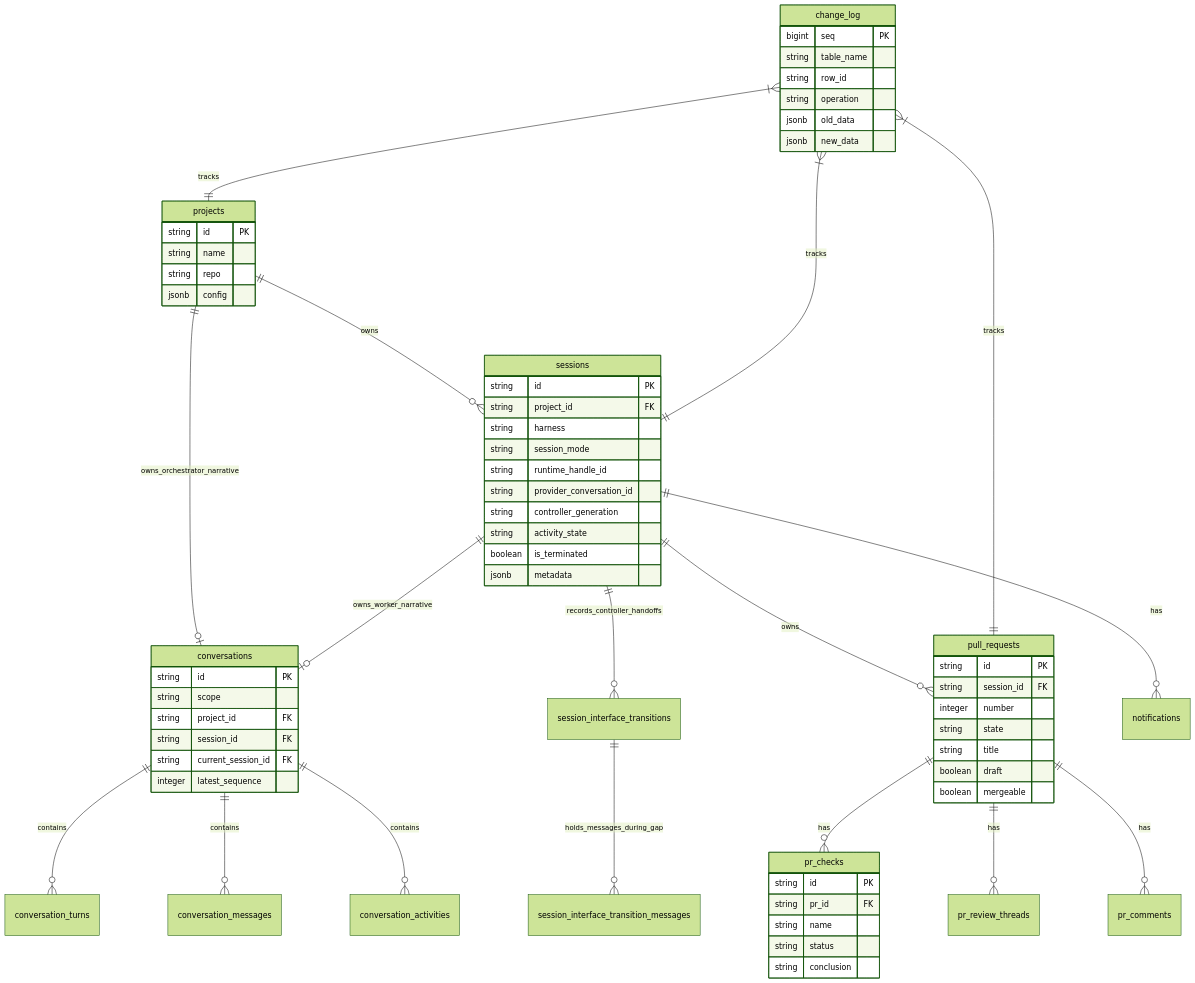
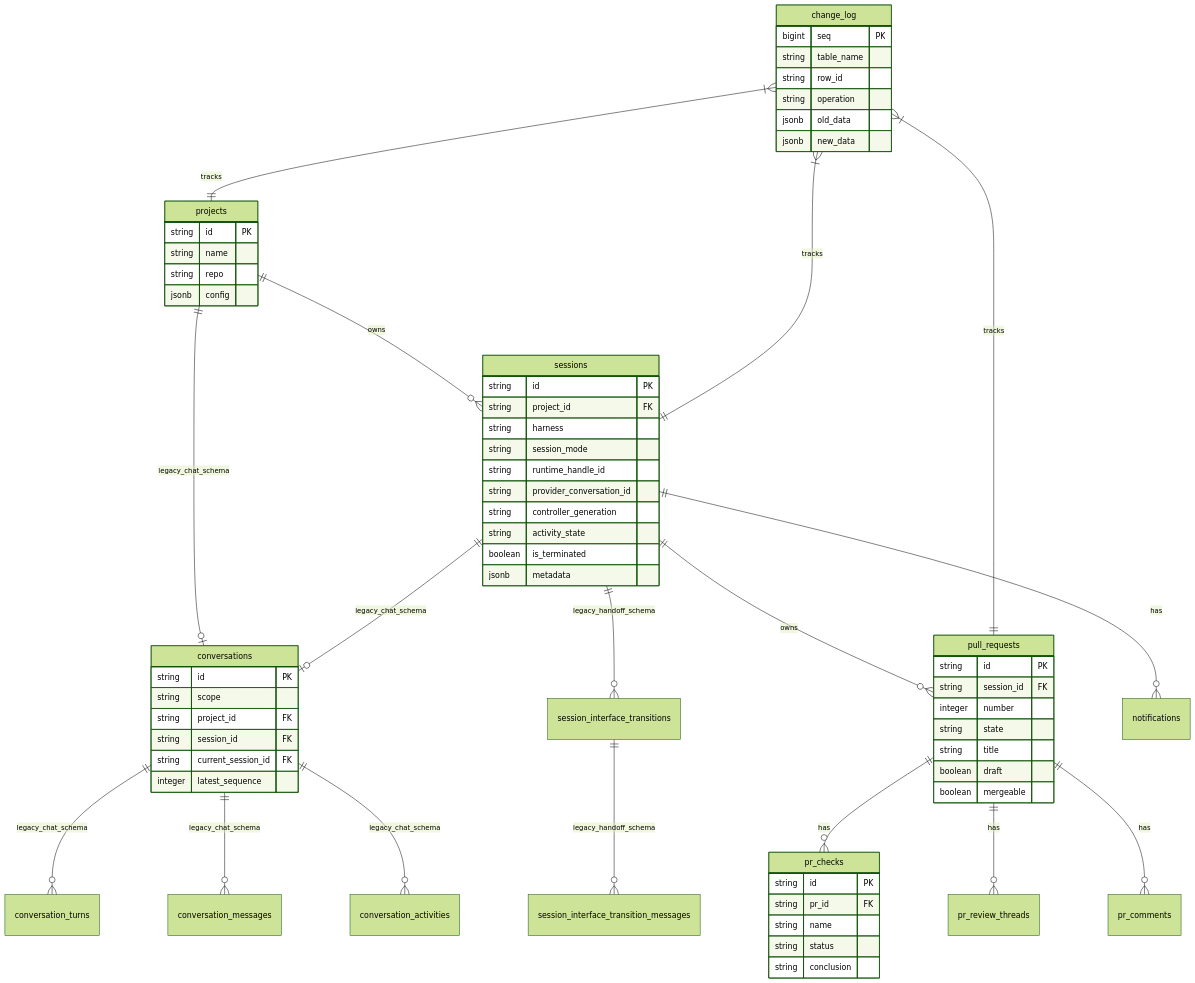
One commit to OmarAly92/Operator changed the tenth of 23 diagrams in docs/architecture.md. Above: the diagram before and after it, drawn with Mermaid (forest theme). The commit also changed other lines of this file and 38 other files, not shown here.

````diff
--- a/docs/architecture.md
+++ b/docs/architecture.md
@@ -393,75 +364,75 @@
 ```mermaid
 erDiagram
     projects ||--o{ sessions : owns
-    projects ||--o| conversations : owns_orchestrator_narrative
-    sessions ||--o| conversations : owns_worker_narrative
-    sessions ||--o{ session_interface_transitions : records_controller_handoffs
-    session_interface_transitions ||--o{ session_interface_transition_messages : holds_messages_during_gap
-    conversations ||--o{ conversation_turns : contains
-    conversations ||--o{ conversation_messages : contains
-    conversations ||--o{ conversation_activities : contains
+    projects ||--o| conversations : legacy_chat_schema
+    sessions ||--o| conversations : legacy_chat_schema
+    sessions ||--o{ session_interface_transitions : legacy_handoff_schema
+    session_interface_transitions ||--o{ session_interface_transition_messages : legacy_handoff_schema
+    conversations ||--o{ conversation_turns : legacy_chat_schema
+    conversations ||--o{ conversation_messages : legacy_chat_schema
+    conversations ||--o{ conversation_activities : legacy_chat_schema
     sessions ||--o{ pull_requests : owns
     pull_requests ||--o{ pr_checks : has
     pull_requests ||--o{ pr_review_threads : has
     pull_requests ||--o{ pr_comments : has
     sessions ||--o{ notifications : has
     change_log }|--|| projects : tracks
     change_log }|--|| sessions : tracks
     change_log }|--|| pull_requests : tracks
 
     projects {
         string id PK
         string name
         string repo
         jsonb config
     }
 
     sessions {
         string id PK
         string project_id FK
         string harness
         string session_mode
         string runtime_handle_id
         string provider_conversation_id
         string controller_generation
         string activity_state
         boolean is_terminated
         jsonb metadata
     }
 
     conversations {
         string id PK
         string scope
         string project_id FK
         string session_id FK
         string current_session_id FK
         integer latest_sequence
     }
 
     pull_requests {
         string id PK
         string session_id FK
         integer number
         string state
         string title
         boolean draft
         boolean mergeable
     }
 
     pr_checks {
         string id PK
         string pr_id FK
         string name
         string status
         string conclusion
     }
 
     change_log {
         bigint seq PK
         string table_name
         string row_id
         string operation
         jsonb old_data
         jsonb new_data
     }
 ```
````
